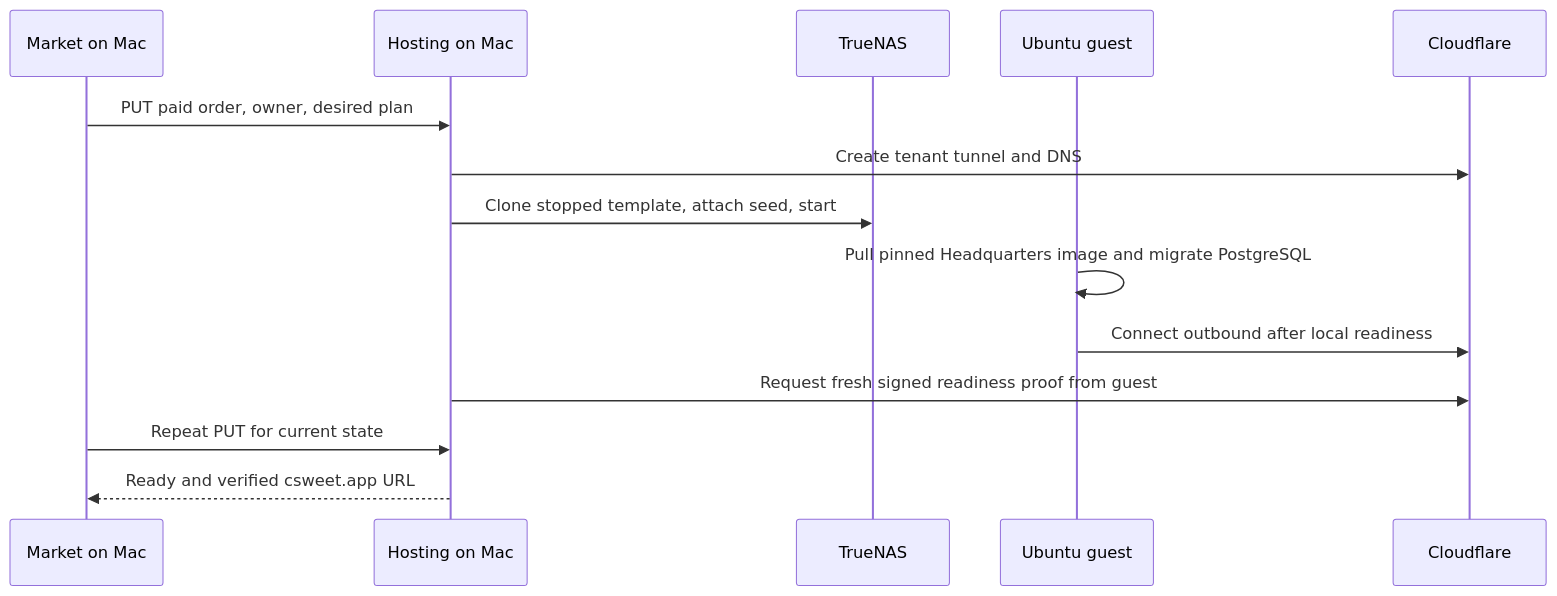
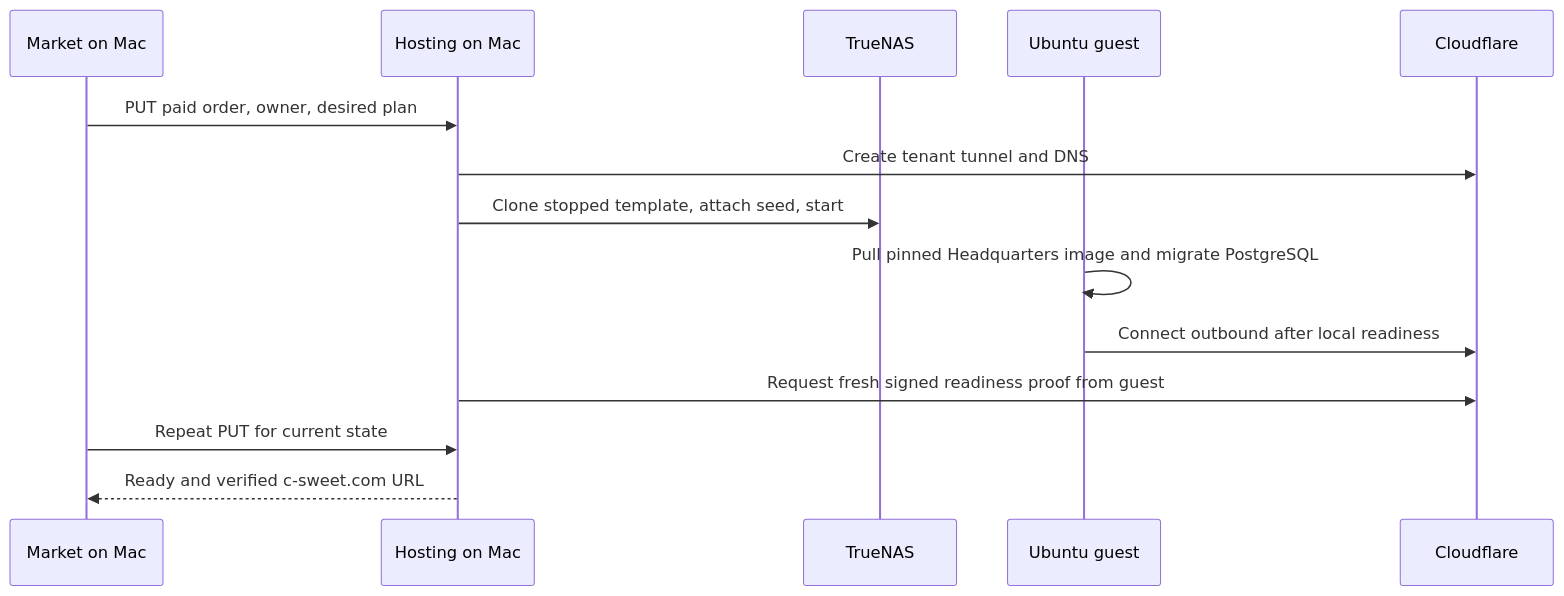
One commit to CrosswiredStudios/CSweet.Hosting changed the diagram in README.md. Above: the diagram before and after it, drawn with Mermaid. The commit also changed other lines of this file and 5 other files, not shown here.

Commit message:
Use order-specific Headquarters hostnames on c-sweet.com (#3)

````diff
--- a/README.md
+++ b/README.md
@@ -7,16 +7,16 @@
 ```mermaid
 sequenceDiagram
     participant M as Market on Mac
     participant P as Hosting on Mac
     participant N as TrueNAS
     participant G as Ubuntu guest
     participant C as Cloudflare
     M->>P: PUT paid order, owner, desired plan
     P->>C: Create tenant tunnel and DNS
     P->>N: Clone stopped template, attach seed, start
     G->>G: Pull pinned Headquarters image and migrate PostgreSQL
     G->>C: Connect outbound after local readiness
     P->>C: Request fresh signed readiness proof from guest
     M->>P: Repeat PUT for current state
-    P-->>M: Ready and verified csweet.app URL
+    P-->>M: Ready and verified c-sweet.com URL
 ```
````
